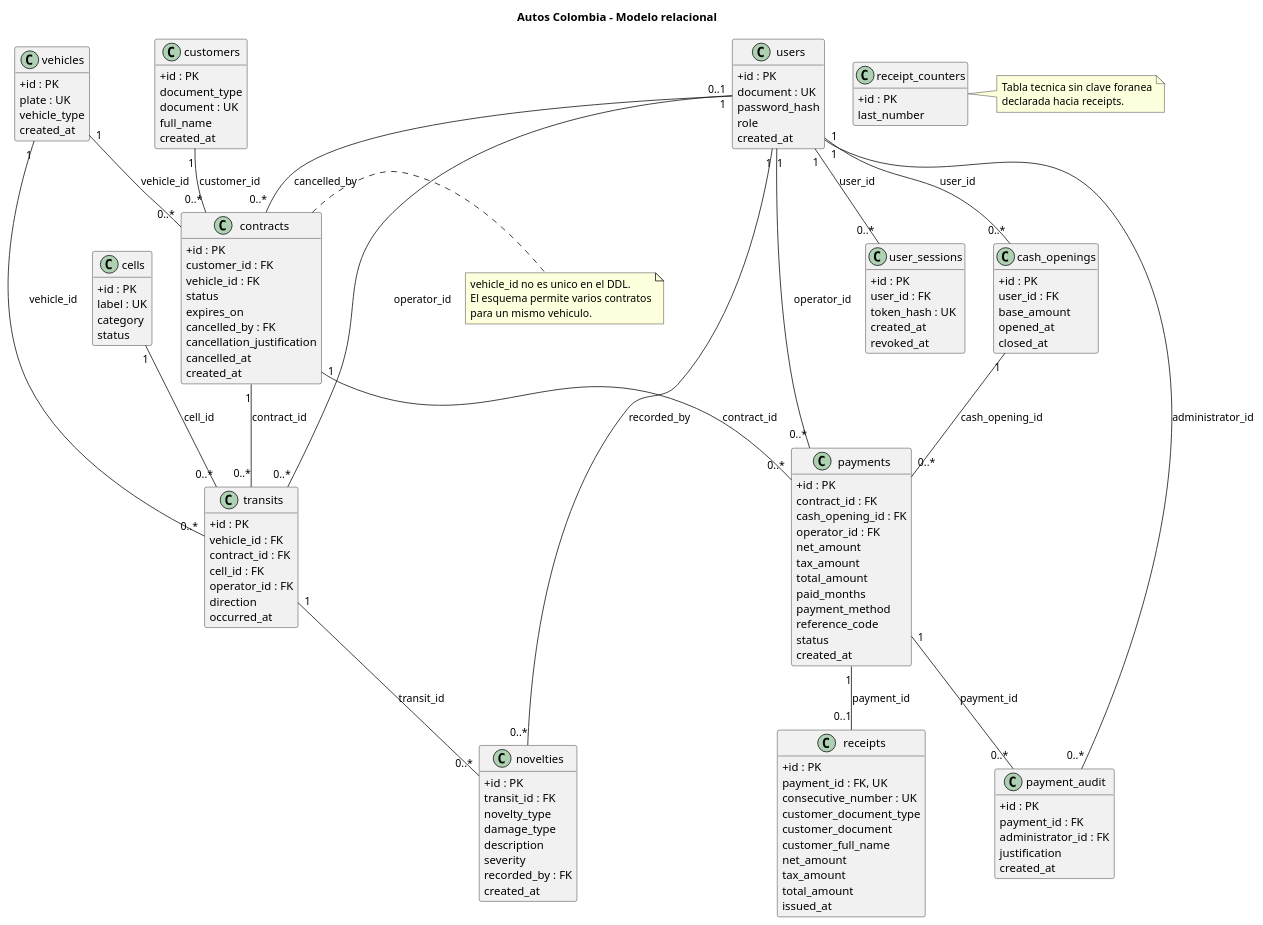
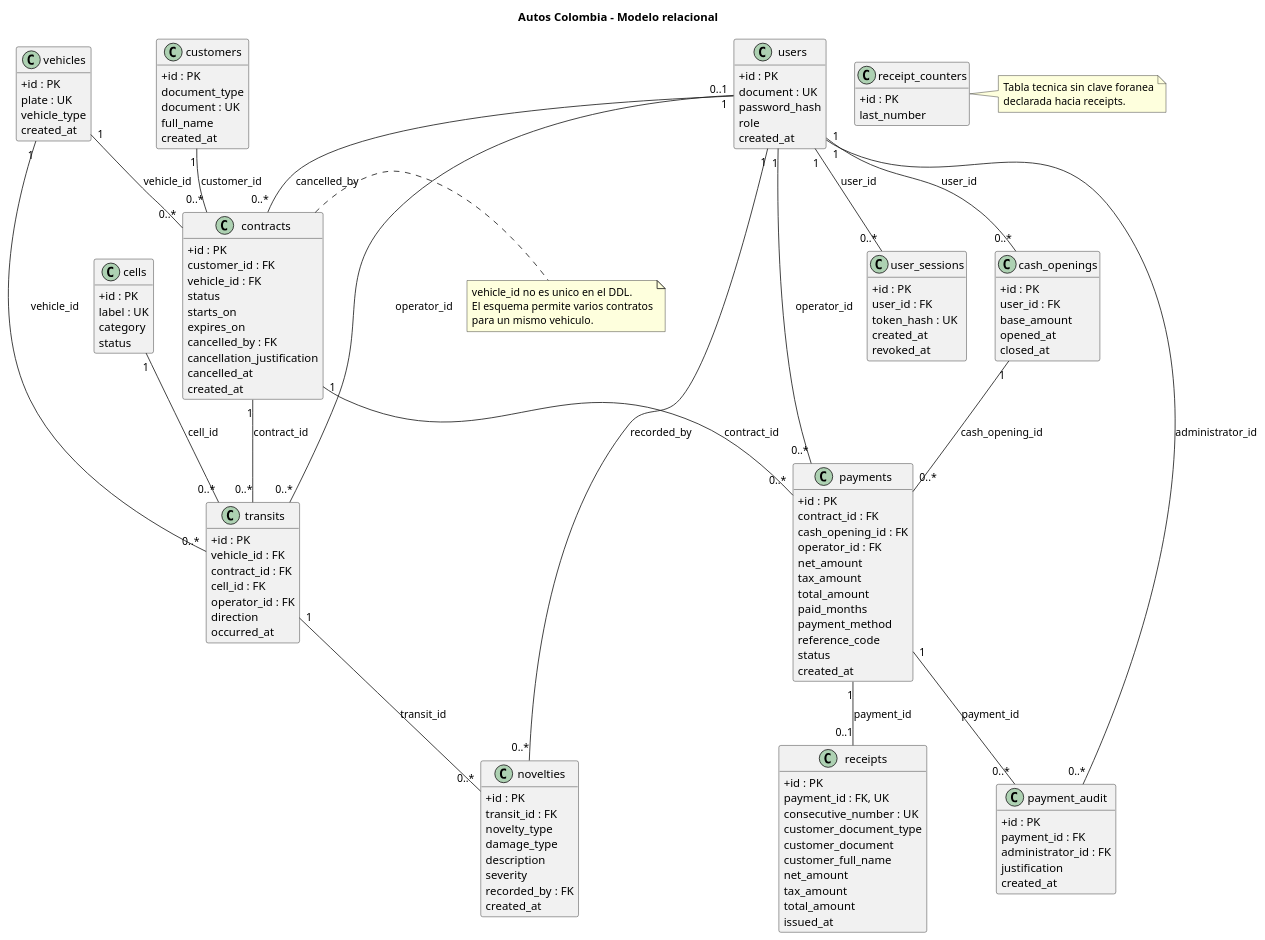
Before and after one commit to 1J3G/parqueadero-colombia: the second of 3 diagrams in docs/modelos-de-datos.puml, drawn with PlantUML. The commit also changed other lines of this file and 34 other files, not shown here.

Commit message:
feat: sequence contract renewal periods

```diff
--- a/docs/modelos-de-datos.puml
+++ b/docs/modelos-de-datos.puml
@@ -45,154 +48,155 @@
 @startuml MR relacional
 title Autos Colombia - Modelo relacional
 hide methods
 skinparam classAttributeIconSize 0
 
 class "users" as users {
   +id : PK
   document : UK
   password_hash
   role
   created_at
 }
 
 class "user_sessions" as user_sessions {
   +id : PK
   user_id : FK
   token_hash : UK
   created_at
   revoked_at
 }
 
 class "customers" as customers {
   +id : PK
   document_type
   document : UK
   full_name
   created_at
 }
 
 class "vehicles" as vehicles {
   +id : PK
   plate : UK
   vehicle_type
   created_at
 }
 
 class "contracts" as contracts {
   +id : PK
   customer_id : FK
   vehicle_id : FK
   status
+  starts_on
   expires_on
   cancelled_by : FK
   cancellation_justification
   cancelled_at
   created_at
 }
 
 class "cells" as cells {
   +id : PK
   label : UK
   category
   status
 }
 
 class "cash_openings" as cash_openings {
   +id : PK
   user_id : FK
   base_amount
   opened_at
   closed_at
 }
 
 class "transits" as transits {
   +id : PK
   vehicle_id : FK
   contract_id : FK
   cell_id : FK
   operator_id : FK
   direction
   occurred_at
 }
 
 class "novelties" as novelties {
   +id : PK
   transit_id : FK
   novelty_type
   damage_type
   description
   severity
   recorded_by : FK
   created_at
 }
 
 class "payments" as payments {
   +id : PK
   contract_id : FK
   cash_opening_id : FK
   operator_id : FK
   net_amount
   tax_amount
   total_amount
   paid_months
   payment_method
   reference_code
   status
   created_at
 }
 
 class "receipt_counters" as receipt_counters {
   +id : PK
   last_number
 }
 
 class "receipts" as receipts {
   +id : PK
   payment_id : FK, UK
   consecutive_number : UK
   customer_document_type
   customer_document
   customer_full_name
   net_amount
   tax_amount
   total_amount
   issued_at
 }
 
 class "payment_audit" as payment_audit {
   +id : PK
   payment_id : FK
   administrator_id : FK
   justification
   created_at
 }
 
 users "1" -- "0..*" user_sessions : user_id
 customers "1" -- "0..*" contracts : customer_id
 vehicles "1" -- "0..*" contracts : vehicle_id
 users "0..1" -- "0..*" contracts : cancelled_by
 users "1" -- "0..*" cash_openings : user_id
 vehicles "1" -- "0..*" transits : vehicle_id
 contracts "1" -- "0..*" transits : contract_id
 cells "1" -- "0..*" transits : cell_id
 users "1" -- "0..*" transits : operator_id
 transits "1" -- "0..*" novelties : transit_id
 users "1" -- "0..*" novelties : recorded_by
 contracts "1" -- "0..*" payments : contract_id
 cash_openings "1" -- "0..*" payments : cash_opening_id
 users "1" -- "0..*" payments : operator_id
 payments "1" -- "0..1" receipts : payment_id
 payments "1" -- "0..*" payment_audit : payment_id
 users "1" -- "0..*" payment_audit : administrator_id
 
 note right of contracts
   vehicle_id no es unico en el DDL.
   El esquema permite varios contratos
   para un mismo vehiculo.
 end note
 
 note right of receipt_counters
   Tabla tecnica sin clave foranea
   declarada hacia receipts.
 end note
 @enduml
```
